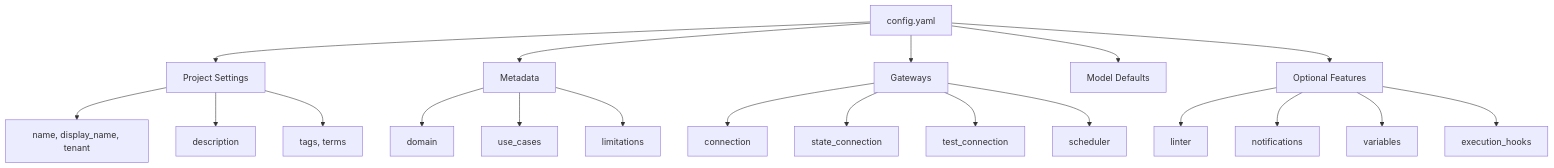
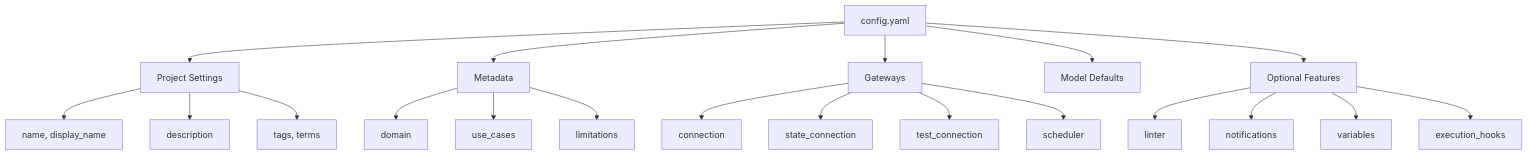
The diagram in docs/configurations/overview.md (tmdc-io/vulcan-book), drawn with Mermaid before and after one commit. The commit also changed other lines of this file and 4 other files, not shown here.

````diff
--- a/docs/configurations/overview.md
+++ b/docs/configurations/overview.md
@@ -85,23 +84,23 @@
 ```mermaid
 graph TB
     Config[config.yaml]
     Config --> Project[Project Settings]
     Config --> Metadata[Metadata]
     Config --> Gateways[Gateways]
     Config --> ModelDefaults[Model Defaults]
     Config --> Options[Optional Features]
-    Project --> Name[name, display_name, tenant]
+    Project --> Name[name, display_name]
     Project --> Desc[description]
     Project --> Tags[tags, terms]
     Metadata --> Domain[domain]
     Metadata --> UseCases[use_cases]
     Metadata --> Limitations[limitations]
     Gateways --> Connection[connection]
     Gateways --> StateConn[state_connection]
     Gateways --> TestConn[test_connection]
     Gateways --> Scheduler[scheduler]
     Options --> Linter[linter]
     Options --> Notifications[notifications]
     Options --> Variables[variables]
     Options --> ExecHooks[execution_hooks]
 ```
````
